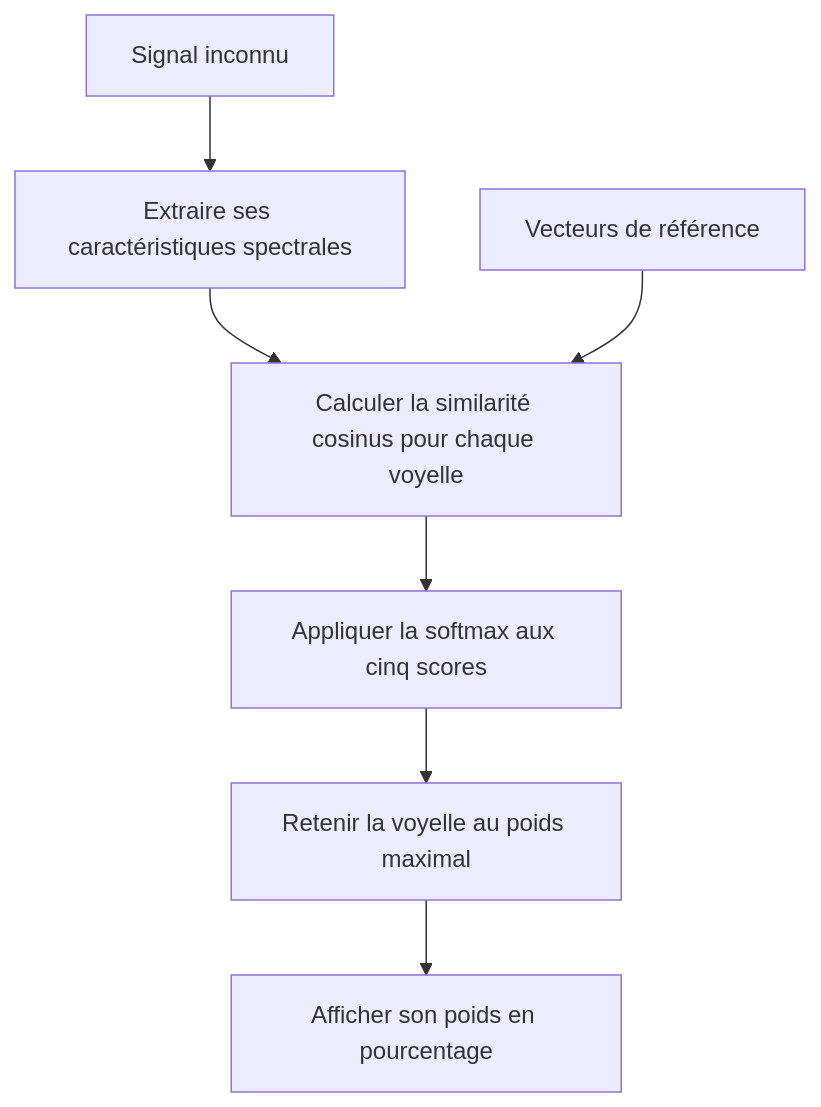
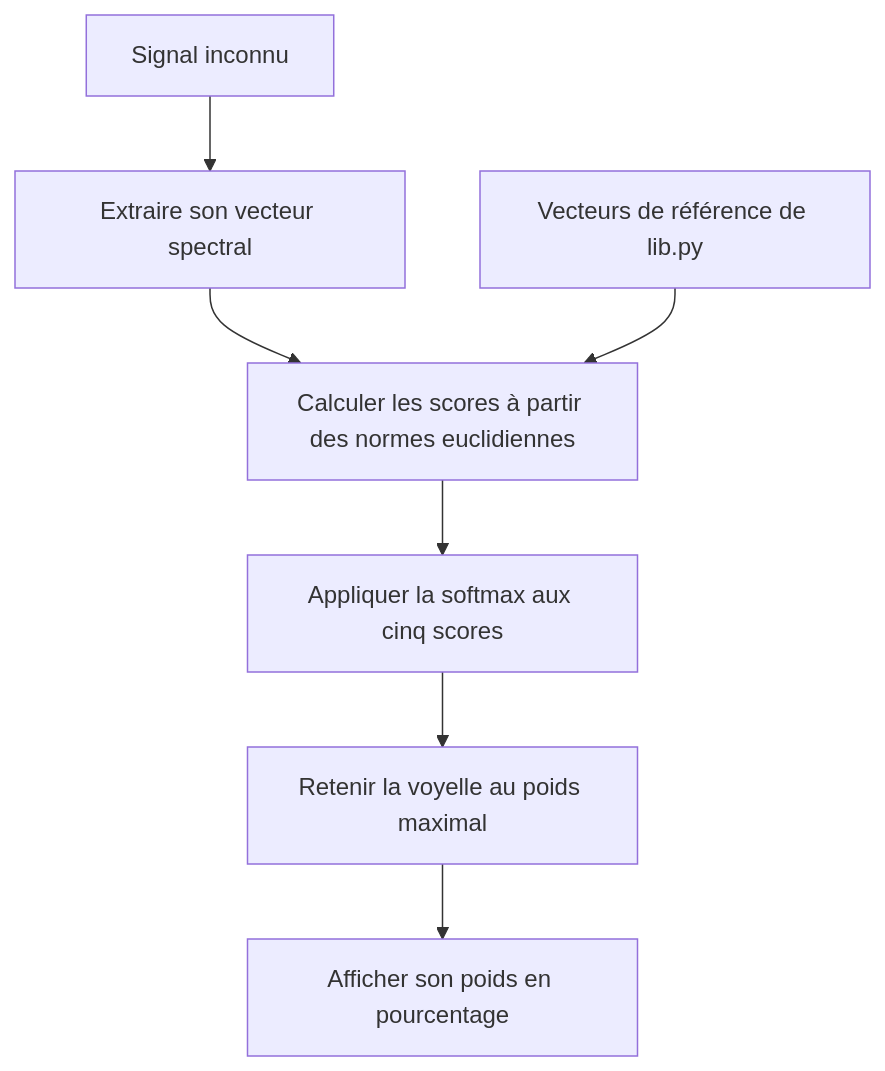
One commit to nayzflux/prediction-voyelles changed the second of 2 diagrams in README.md. Above: the diagram before and after it, drawn with Mermaid. The commit also changed other lines of this file and 1 other file, not shown here.

````diff
--- a/README.md
+++ b/README.md
@@ -102,9 +88,9 @@
 ```mermaid
 flowchart TD
-    A["Signal inconnu"] --> B["Extraire ses caractéristiques spectrales"]
-    B --> C["Calculer la similarité cosinus pour chaque voyelle"]
-    D["Vecteurs de référence"] --> C
+    A["Signal inconnu"] --> B["Extraire son vecteur spectral"]
+    B --> C["Calculer les scores à partir des normes euclidiennes"]
+    D["Vecteurs de référence de lib.py"] --> C
     C --> E["Appliquer la softmax aux cinq scores"]
     E --> F["Retenir la voyelle au poids maximal"]
     F --> G["Afficher son poids en pourcentage"]
 ```
````
